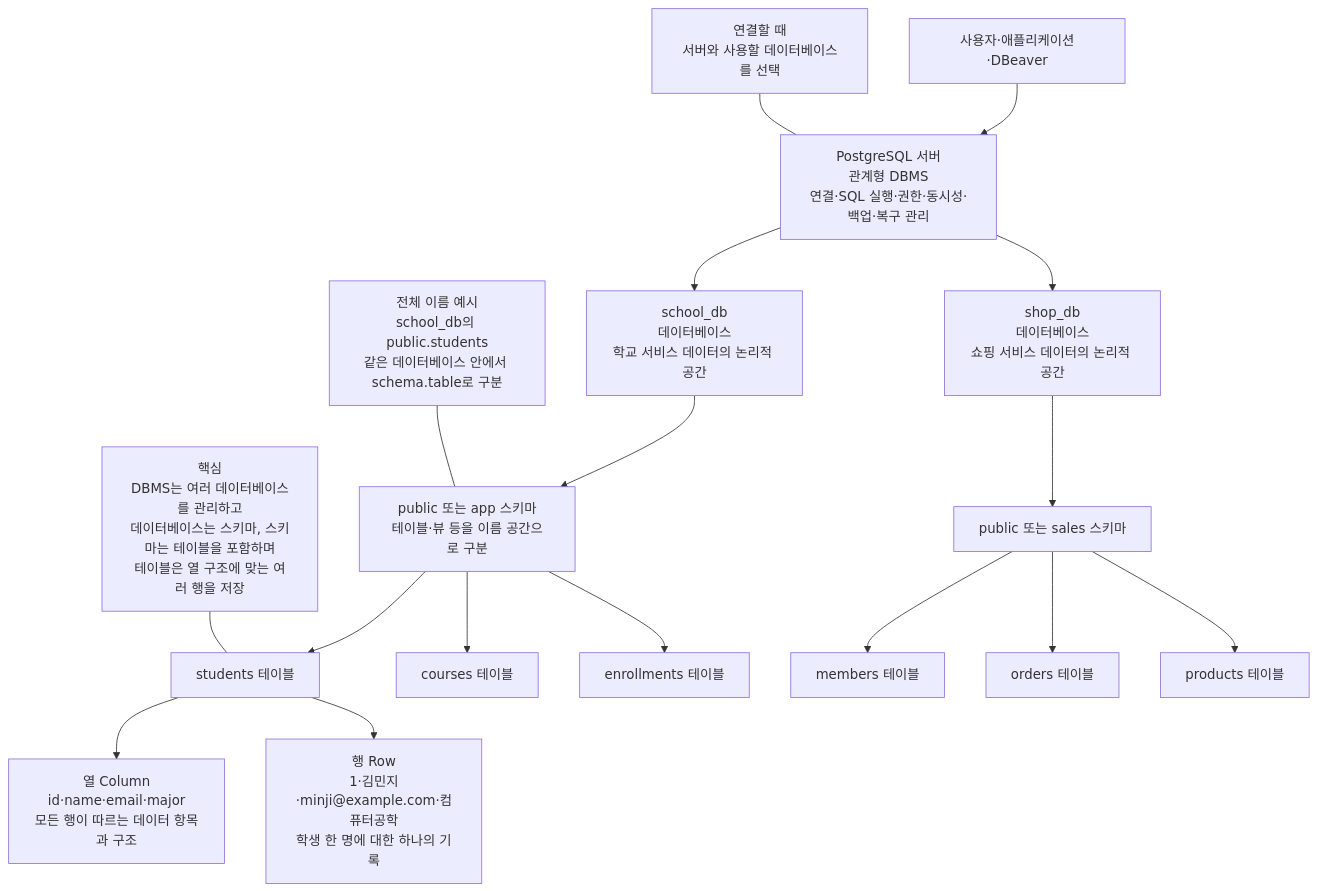
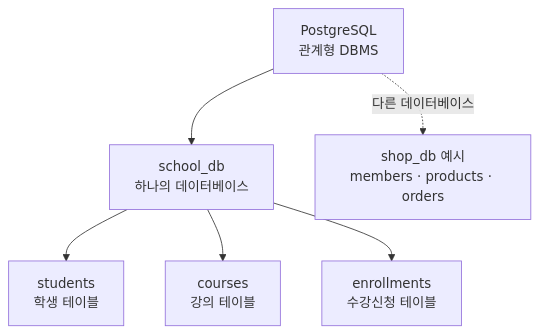
One commit to GilbertMoon/ai-database-book changed the diagram in images/chapter02/ch02_01_dbms_hierarchy.mmd. Above: the diagram before and after it, drawn with Mermaid. The commit also changed 70 other files, not shown here.

```diff
--- a/images/chapter02/ch02_01_dbms_hierarchy.mmd
+++ b/images/chapter02/ch02_01_dbms_hierarchy.mmd
@@ -1,23 +1,12 @@
-flowchart TB
-    U[사용자·애플리케이션·DBeaver] --> P[PostgreSQL 서버<br/>관계형 DBMS<br/>연결·SQL 실행·권한·동시성·백업·복구 관리]
-
-    P --> D1[school_db<br/>데이터베이스<br/>학교 서비스 데이터의 논리적 공간]
-    P --> D2[shop_db<br/>데이터베이스<br/>쇼핑 서비스 데이터의 논리적 공간]
-
-    D1 --> S1[public 또는 app 스키마<br/>테이블·뷰 등을 이름 공간으로 구분]
-    D2 --> S2[public 또는 sales 스키마]
-
-    S1 --> T1[students 테이블]
-    S1 --> T2[courses 테이블]
-    S1 --> T3[enrollments 테이블]
-
-    S2 --> T4[members 테이블]
-    S2 --> T5[orders 테이블]
-    S2 --> T6[products 테이블]
-
-    T1 --> C[열 Column<br/>id·name·email·major<br/>모든 행이 따르는 데이터 항목과 구조]
-    T1 --> R[행 Row<br/>1·김민지·minji@example.com·컴퓨터공학<br/>학생 한 명에 대한 하나의 기록]
-
-    N1[연결할 때<br/>서버와 사용할 데이터베이스를 선택] --- P
-    N2[전체 이름 예시<br/>school_db의 public.students<br/>같은 데이터베이스 안에서 schema.table로 구분] --- S1
-    N3[핵심<br/>DBMS는 여러 데이터베이스를 관리하고<br/>데이터베이스는 스키마, 스키마는 테이블을 포함하며<br/>테이블은 열 구조에 맞는 여러 행을 저장] --- T1
+flowchart TD
+    A[PostgreSQL<br/>관계형 DBMS]
+    B[school_db<br/>하나의 데이터베이스]
+    C[students<br/>학생 테이블]
+    D[courses<br/>강의 테이블]
+    E[enrollments<br/>수강신청 테이블]
+    F[shop_db 예시<br/>members · products · orders]
+    A --> B
+    B --> C
+    B --> D
+    B --> E
+    A -. 다른 데이터베이스 .-> F
```
